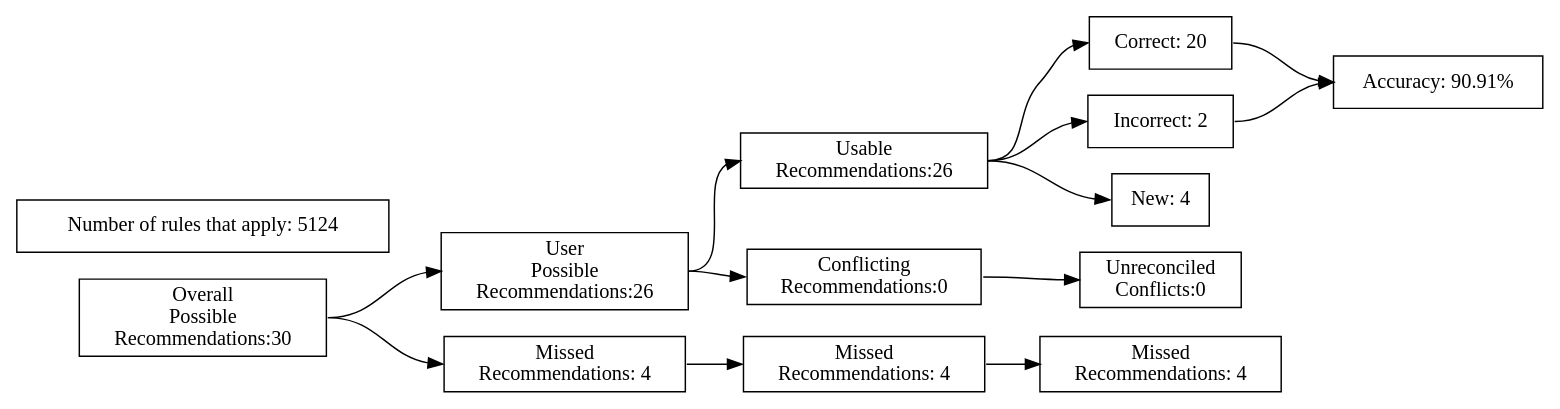
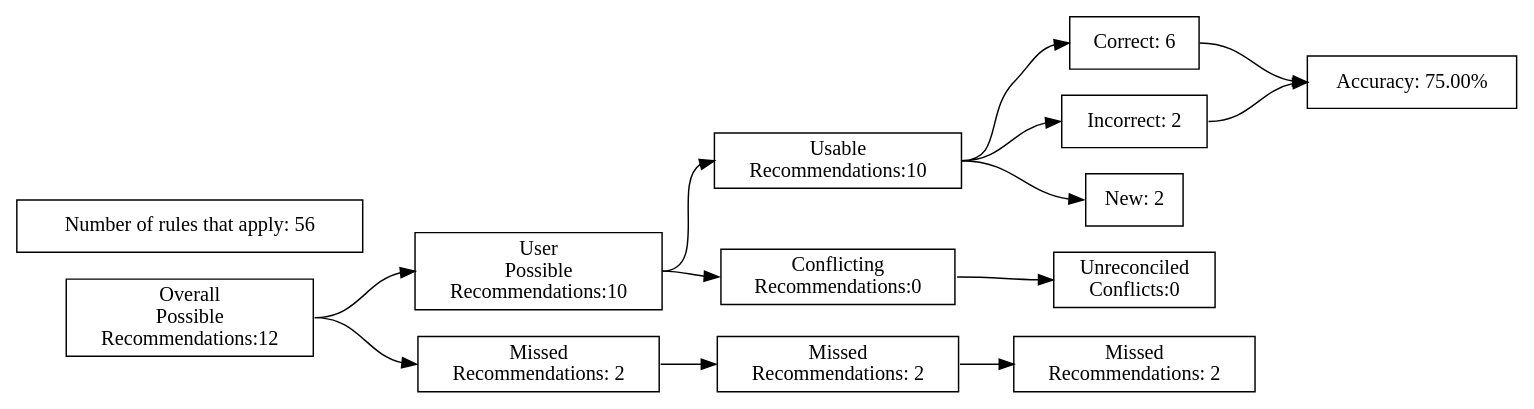
Before and after one commit to ZaxR/ibd_diet_analysis: the diagram in test_renders/7.gv, drawn with Graphviz. The commit also changed 77 other files, not shown here.

```diff
--- a/test_renders/7.gv
+++ b/test_renders/7.gv
@@ -1,40 +1,40 @@
 digraph {
 	graph [rankdir=LR]
 	node [pos=r shape=box]
 	edge [headport=w tailport=e]
 		A [label="Overall
 Possible
-Recommendations:30"]
+Recommendations:12"]
 		B [label="User
 Possible
-Recommendations:26"]
+Recommendations:10"]
 		C [label="Missed
-Recommendations: 4"]
+Recommendations: 2"]
 		D [label="Usable
-Recommendations:26"]
+Recommendations:10"]
 		E [label="Conflicting
 Recommendations:0"]
 		J [label="Missed
-Recommendations: 4"]
+Recommendations: 2"]
 		M [label="Unreconciled
 Conflicts:0"]
-		F [label="Correct: 20"]
+		F [label="Correct: 6"]
 		G [label="Incorrect: 2"]
-		H [label="New: 4"]
+		H [label="New: 2"]
 		K [label="Missed
-Recommendations: 4"]
-		I [label="Accuracy: 90.91%"]
-		l [label="Number of rules that apply: 5124"]
+Recommendations: 2"]
+		I [label="Accuracy: 75.00%"]
+		l [label="Number of rules that apply: 56"]
 			A -> B
 			A -> C
 			B -> D
 			B -> E
 			D -> F
 			D -> G
 			D -> H
 			F -> I
 			G -> I
 			C -> J
 			J -> K
 			E -> M
 }
```
